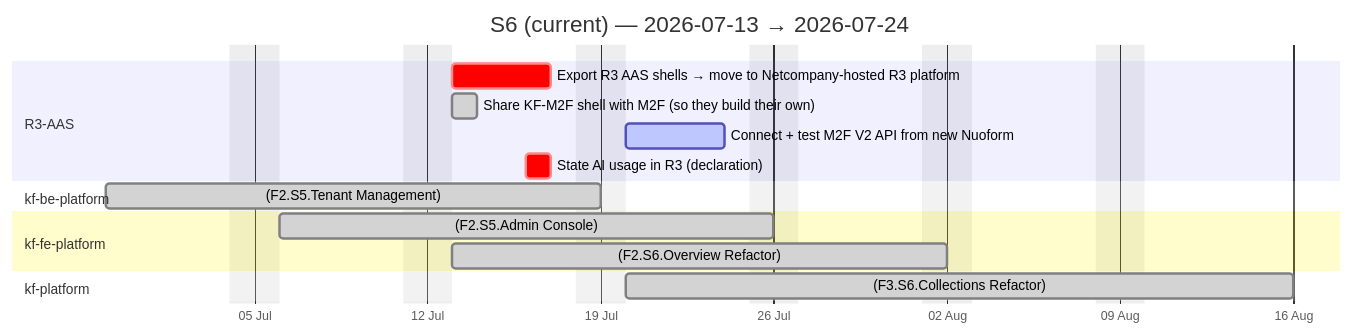
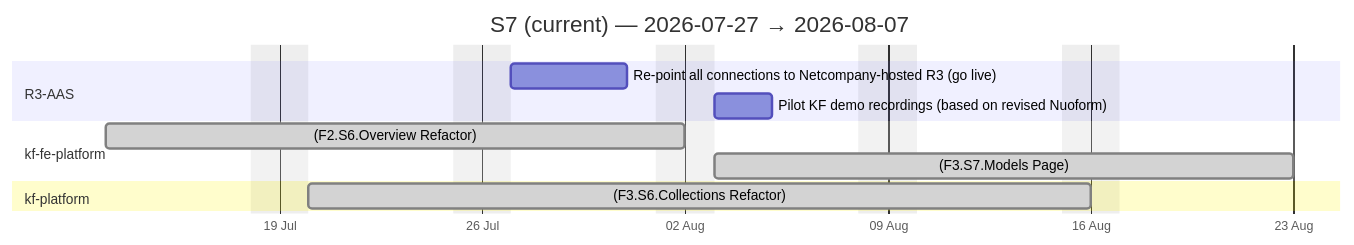
The third of 4 diagrams in docs/agile-sprints.md (Katty-Fashion/kf-cpto), drawn with Mermaid before and after one commit. The commit also changed other lines of this file and 14 other files, not shown here.

````diff
--- a/docs/agile-sprints.md
+++ b/docs/agile-sprints.md
@@ -81,20 +76,16 @@
 ```mermaid
 gantt
-    title S6 (current) — 2026-07-13 → 2026-07-24
+    title S7 (current) — 2026-07-27 → 2026-08-07
     dateFormat YYYY-MM-DD
     axisFormat %d %b
     excludes weekends
 
     section R3-AAS
-    Export R3 AAS shells → move to Netcompany-hosted R3 platform :crit, 2026-07-13, 2026-07-17
-    Share KF-M2F shell with M2F (so they build their own) :done, 2026-07-13, 2026-07-14
-    Connect + test M2F V2 API from new Nuoform :active, 2026-07-20, 2026-07-24
-    State AI usage in R3 (declaration) :crit, 2026-07-16, 2026-07-17
-    section kf-be-platform
-    (F2.S5.Tenant Management) :done, 2026-06-29, 2026-07-19
+    Re-point all connections to Netcompany-hosted R3 (go live) :2026-07-27, 2026-07-31
+    Pilot KF demo recordings (based on revised Nuoform) :2026-08-03, 2026-08-05
     section kf-fe-platform
-    (F2.S5.Admin Console) :done, 2026-07-06, 2026-07-26
     (F2.S6.Overview Refactor) :done, 2026-07-13, 2026-08-02
+    (F3.S7.Models Page) :done, 2026-08-03, 2026-08-23
     section kf-platform
     (F3.S6.Collections Refactor) :done, 2026-07-20, 2026-08-16
 ```
````
